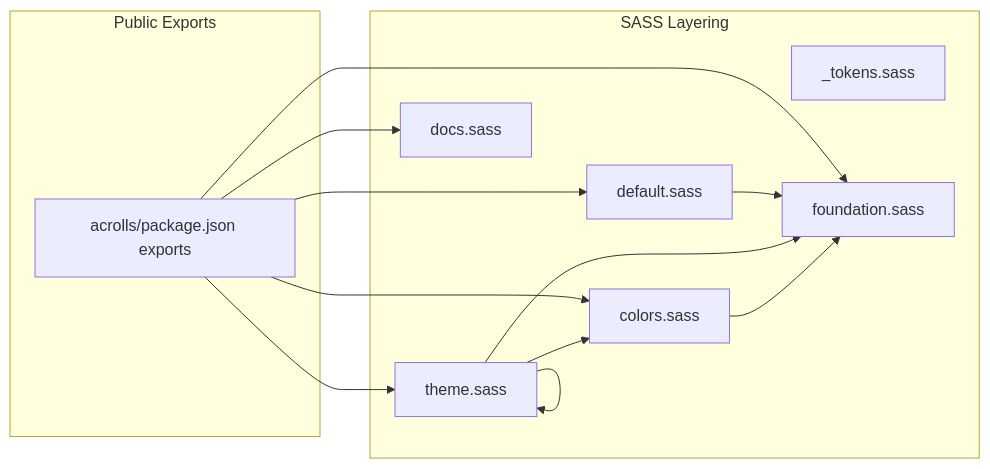
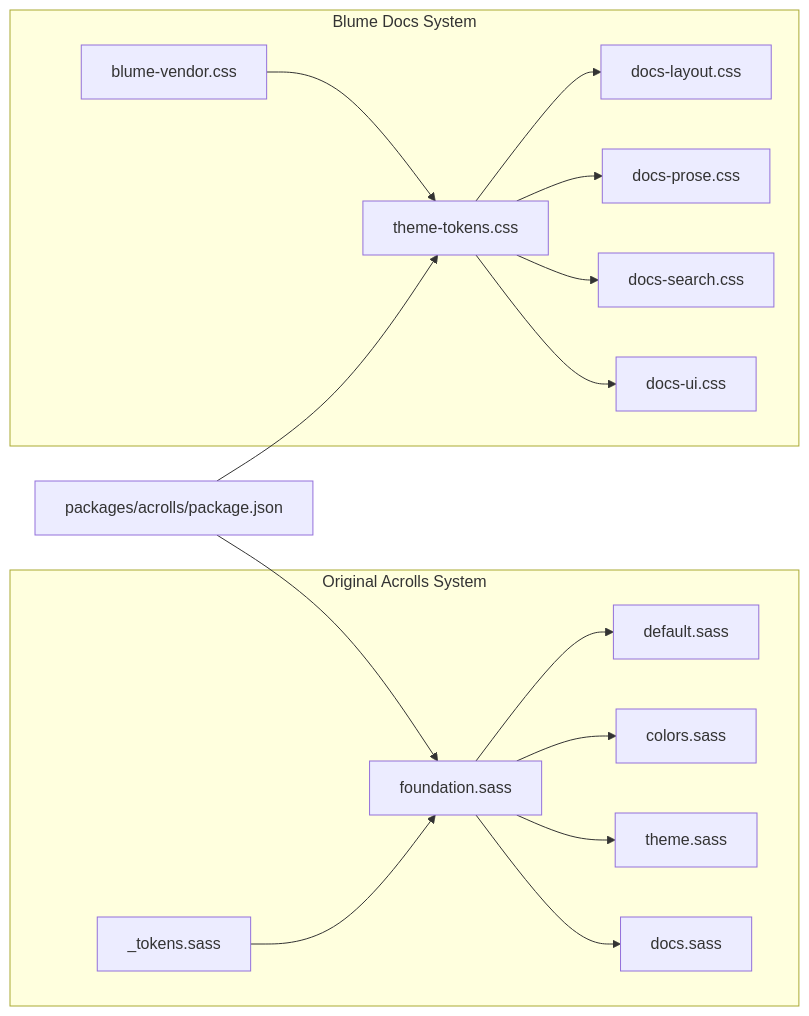
One commit to fractalmandala/acrolls changed the second of 4 diagrams in .qoder/repowiki/en/content/Capability Inventory_ What Is Already Built/Article Components & Styling System — Implemented.md. Above: the diagram before and after it, drawn with Mermaid. The commit also changed other lines of this file and 77 other files, not shown here.

````diff
--- a/.qoder/repowiki/en/content/Capability Inventory_ What Is Already Built/Article Components & Styling System — Implemented.md
+++ b/.qoder/repowiki/en/content/Capability Inventory_ What Is Already Built/Article Components & Styling System — Implemented.md
@@ -171,24 +231,19 @@
 ```mermaid
 graph LR
-subgraph "Public Exports"
-P["acrolls/package.json exports"]
+subgraph "Original Acrolls System"
+A["foundation.sass"] --> B["default.sass"]
+A --> C["colors.sass"]
+A --> D["theme.sass"]
+A --> E["docs.sass"]
+F["_tokens.sass"] --> A
 end
-subgraph "SASS Layering"
-T["_tokens.sass"]
-F["foundation.sass"]
-D["default.sass"]
-C["colors.sass"]
-TH["theme.sass"]
-DS["docs.sass"]
+subgraph "Blume Docs System"
+G["theme-tokens.css"] --> H["docs-layout.css"]
+G --> I["docs-prose.css"]
+G --> J["docs-search.css"]
+G --> K["docs-ui.css"]
+L["blume-vendor.css"] --> G
 end
-P --> F
-P --> D
-P --> C
-P --> TH
-P --> DS
-D --> F
-TH --> F
-TH --> C
-TH --> TH
-C --> F
+M["packages/acrolls/package.json"] --> A
+M --> G
 ```
````
